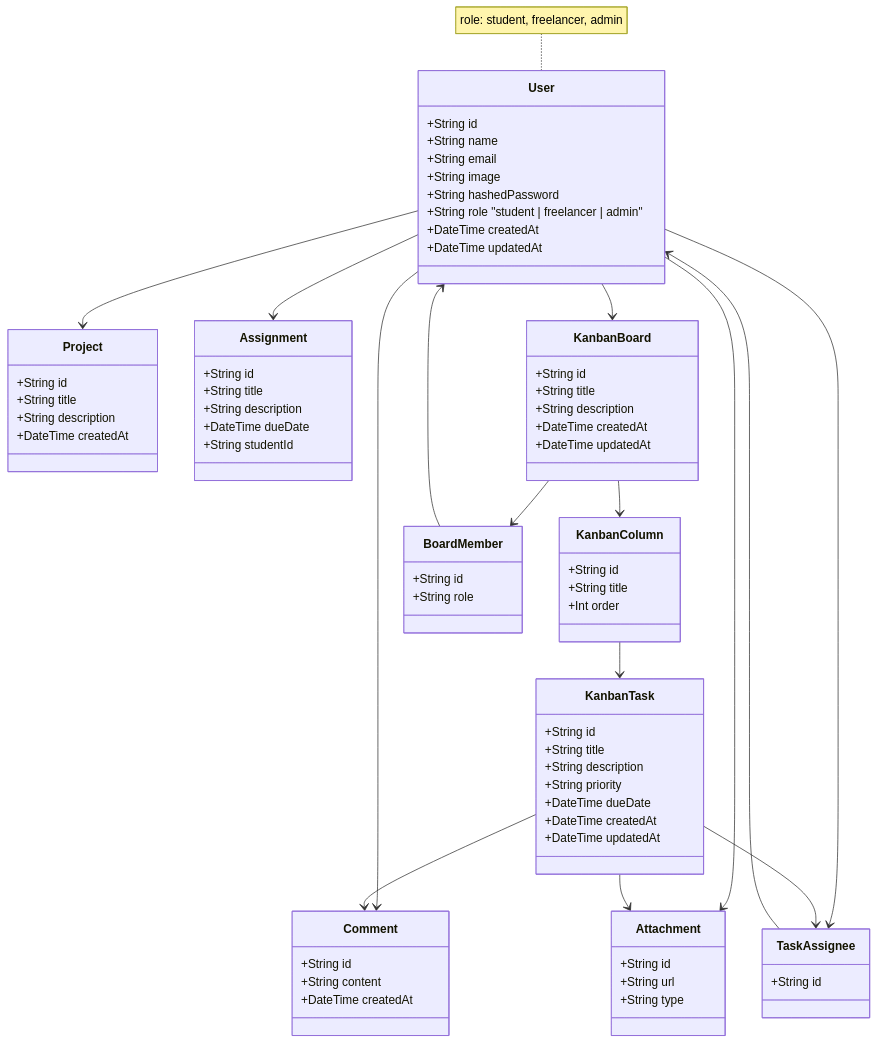
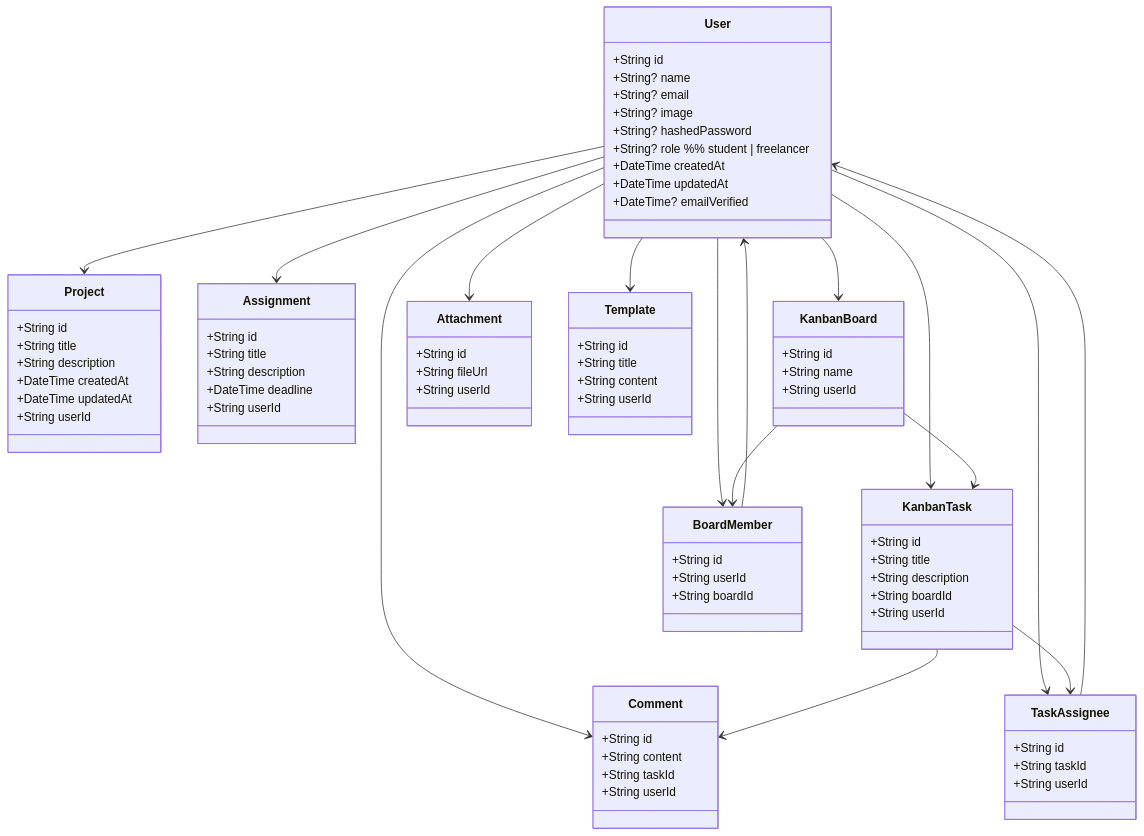
One commit to aarlazuardi/fix-sisfor-desain-sistem changed the diagram in class-diagram.md. Above: the diagram before and after it, drawn with Mermaid. The commit also changed 3 other files, not shown here.

Commit message:
Update diagram and other diagrams

````diff
--- a/class-diagram.md
+++ b/class-diagram.md
@@ -4,13 +4,14 @@
 classDiagram
   class User {
     +String id
-    +String name
-    +String email
-    +String image
-    +String hashedPassword
-    +String role "student | freelancer | admin"
+    +String? name
+    +String? email
+    +String? image
+    +String? hashedPassword
+    +String? role  %% student | freelancer
     +DateTime createdAt
     +DateTime updatedAt
+    +DateTime? emailVerified
   }
 
   class Project {
@@ -18,76 +19,79 @@
     +String title
     +String description
     +DateTime createdAt
+    +DateTime updatedAt
+    +String userId
   }
 
   class Assignment {
     +String id
     +String title
     +String description
-    +DateTime dueDate
-    +String studentId
+    +DateTime deadline
+    +String userId
   }
 
   class KanbanBoard {
     +String id
-    +String title
-    +String description
-    +DateTime createdAt
-    +DateTime updatedAt
-  }
-
-  class KanbanColumn {
-    +String id
-    +String title
-    +Int order
+    +String name
+    +String userId
   }
 
   class KanbanTask {
     +String id
     +String title
     +String description
-    +String priority
-    +DateTime dueDate
-    +DateTime createdAt
-    +DateTime updatedAt
+    +String boardId
+    +String userId
+  }
+
+  class BoardMember {
+    +String id
+    +String userId
+    +String boardId
+  }
+
+  class TaskAssignee {
+    +String id
+    +String taskId
+    +String userId
   }
 
   class Comment {
     +String id
     +String content
-    +DateTime createdAt
+    +String taskId
+    +String userId
   }
 
   class Attachment {
     +String id
-    +String url
-    +String type
+    +String fileUrl
+    +String userId
   }
 
-  class BoardMember {
+  class Template {
     +String id
-    +String role
+    +String title
+    +String content
+    +String userId
   }
 
-  class TaskAssignee {
-    +String id
-  }
-
+  User --> Project
   User --> Assignment
-  User --> Project
   User --> KanbanBoard
+  User --> KanbanTask
+  User --> BoardMember
+  User --> TaskAssignee
   User --> Comment
   User --> Attachment
-  User --> TaskAssignee
+  User --> Template
 
-  KanbanBoard --> KanbanColumn
-  KanbanColumn --> KanbanTask
+  KanbanBoard --> KanbanTask
+  KanbanBoard --> BoardMember
   KanbanTask --> Comment
-  KanbanTask --> Attachment
   KanbanTask --> TaskAssignee
-  KanbanBoard --> BoardMember
   BoardMember --> User
   TaskAssignee --> User
 
-  note for User "role: student, freelancer, admin"
 ```
````
